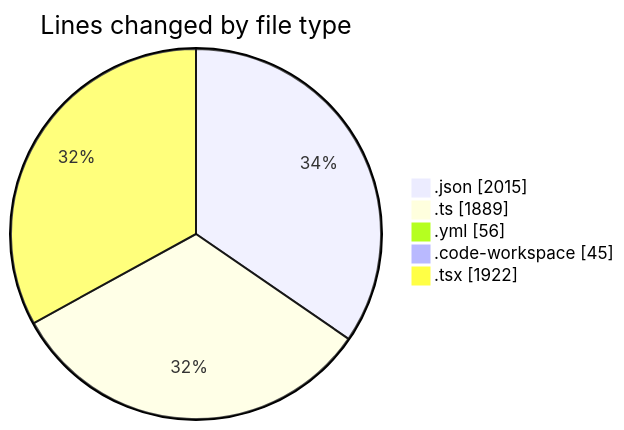
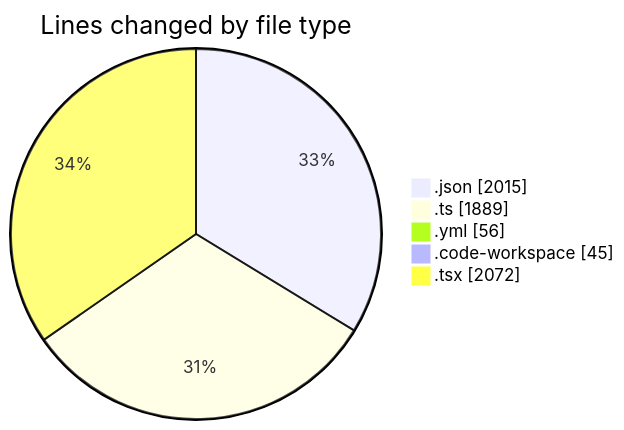
Before and after one commit to julien-gomy/code-tracking: the first of 2 diagrams in 2025-11-25/eventscop-frontend-guide__workspace_/README.md, drawn with Mermaid. The commit also changed other lines of this file and 1 other file, not shown here.

````diff
--- a/2025-11-25/eventscop-frontend-guide__workspace_/README.md
+++ b/2025-11-25/eventscop-frontend-guide__workspace_/README.md
@@ -39,9 +41,9 @@
 ```mermaid
 pie showData
 title Lines changed by file type
 ".json" : 2015
 ".ts" : 1889
 ".yml" : 56
 ".code-workspace" : 45
-".tsx" : 1922
+".tsx" : 2072
 ```
````
